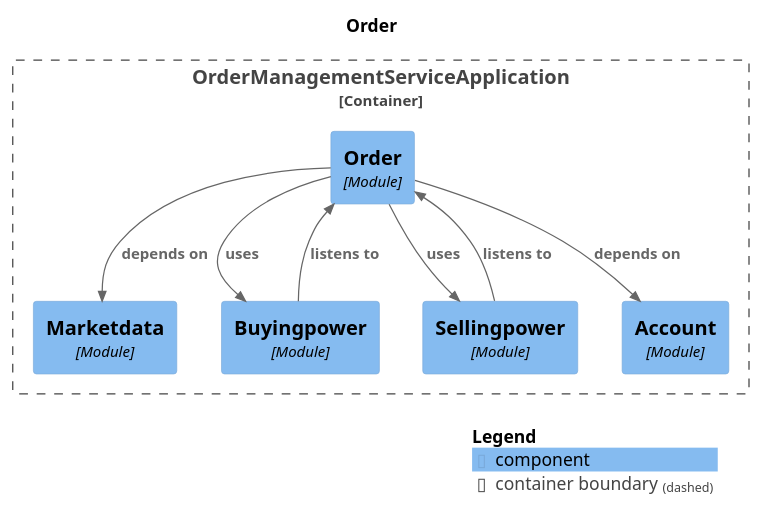
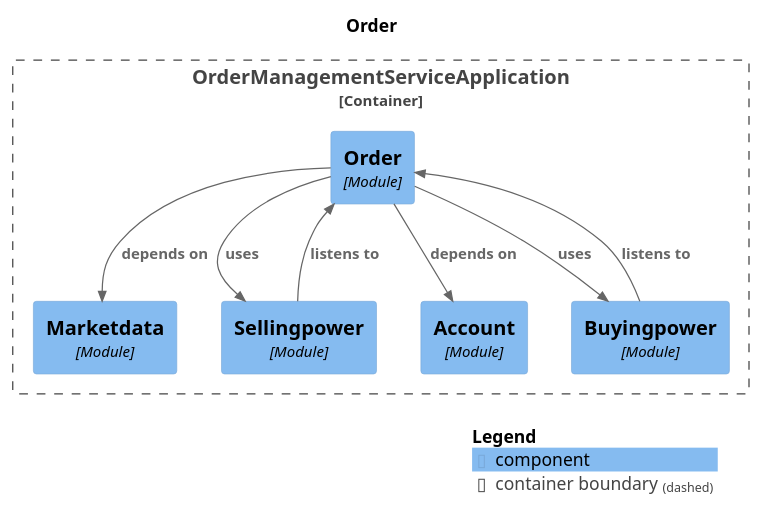
One commit to NosearY/order-management-service-reference-implementation changed the diagram in spring-modulith-docs/module-order.puml. Above: the diagram before and after it, drawn with PlantUML. The commit also changed other lines of this file and 29 other files, not shown here.

```diff
--- a/spring-modulith-docs/module-order.puml
+++ b/spring-modulith-docs/module-order.puml
@@ -1,27 +1,27 @@
 @startuml
 set separator none
 title Order
 
 top to bottom direction
 
 !include <C4/C4>
 !include <C4/C4_Context>
 !include <C4/C4_Component>
 
 Container_Boundary("OrderManagementServiceApplication.OrderManagementServiceApplication_boundary", "OrderManagementServiceApplication", $tags="") {
   Component(OrderManagementServiceApplication.OrderManagementServiceApplication.Order, "Order", $techn="Module", $descr="", $tags="", $link="")
-  Component(OrderManagementServiceApplication.OrderManagementServiceApplication.Buyingpower, "Buyingpower", $techn="Module", $descr="", $tags="", $link="")
   Component(OrderManagementServiceApplication.OrderManagementServiceApplication.Sellingpower, "Sellingpower", $techn="Module", $descr="", $tags="", $link="")
   Component(OrderManagementServiceApplication.OrderManagementServiceApplication.Marketdata, "Marketdata", $techn="Module", $descr="", $tags="", $link="")
+  Component(OrderManagementServiceApplication.OrderManagementServiceApplication.Buyingpower, "Buyingpower", $techn="Module", $descr="", $tags="", $link="")
   Component(OrderManagementServiceApplication.OrderManagementServiceApplication.Account, "Account", $techn="Module", $descr="", $tags="", $link="")
 }
 
-Rel(OrderManagementServiceApplication.OrderManagementServiceApplication.Sellingpower, OrderManagementServiceApplication.OrderManagementServiceApplication.Order, "listens to", $techn="", $tags="", $link="")
 Rel(OrderManagementServiceApplication.OrderManagementServiceApplication.Order, OrderManagementServiceApplication.OrderManagementServiceApplication.Account, "depends on", $techn="", $tags="", $link="")
 Rel(OrderManagementServiceApplication.OrderManagementServiceApplication.Order, OrderManagementServiceApplication.OrderManagementServiceApplication.Marketdata, "depends on", $techn="", $tags="", $link="")
 Rel(OrderManagementServiceApplication.OrderManagementServiceApplication.Order, OrderManagementServiceApplication.OrderManagementServiceApplication.Buyingpower, "uses", $techn="", $tags="", $link="")
 Rel(OrderManagementServiceApplication.OrderManagementServiceApplication.Order, OrderManagementServiceApplication.OrderManagementServiceApplication.Sellingpower, "uses", $techn="", $tags="", $link="")
 Rel(OrderManagementServiceApplication.OrderManagementServiceApplication.Buyingpower, OrderManagementServiceApplication.OrderManagementServiceApplication.Order, "listens to", $techn="", $tags="", $link="")
+Rel(OrderManagementServiceApplication.OrderManagementServiceApplication.Sellingpower, OrderManagementServiceApplication.OrderManagementServiceApplication.Order, "listens to", $techn="", $tags="", $link="")
 
 SHOW_LEGEND(true)
 @enduml
```
